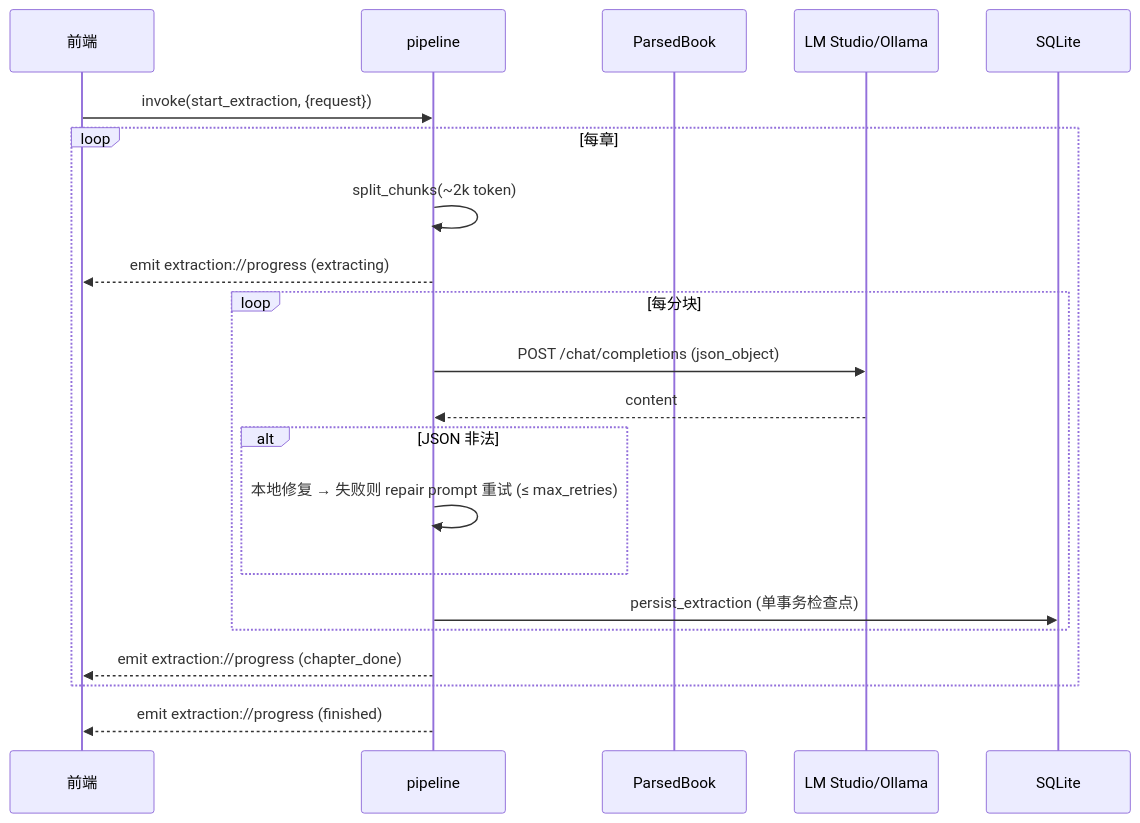
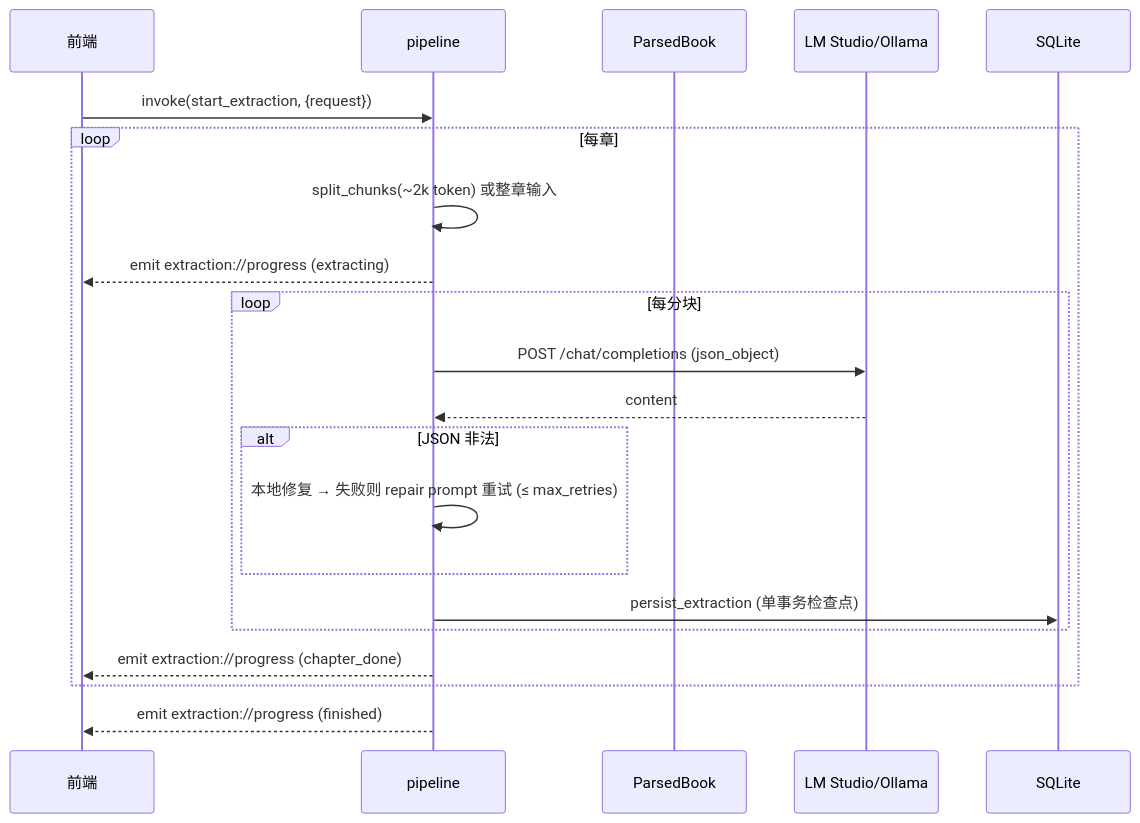
One commit to yetian/novel_vis changed the third of 6 diagrams in design.md. Above: the diagram before and after it, drawn with Mermaid. The commit also changed other lines of this file and 11 other files, not shown here.

````diff
--- a/design.md
+++ b/design.md
@@ -99,23 +99,23 @@
 ```mermaid
 sequenceDiagram
   participant FE as 前端
   participant PIPE as pipeline
   participant MEM as ParsedBook
   participant LLM as LM Studio/Ollama
   participant DB as SQLite
   FE->>PIPE: invoke(start_extraction, {request})
   loop 每章
-    PIPE->>PIPE: split_chunks(~2k token)
+    PIPE->>PIPE: split_chunks(~2k token) 或整章输入
     PIPE-->>FE: emit extraction://progress (extracting)
     loop 每分块
       PIPE->>LLM: POST /chat/completions (json_object)
       LLM-->>PIPE: content
       alt JSON 非法
         PIPE->>PIPE: 本地修复 → 失败则 repair prompt 重试 (≤ max_retries)
       end
       PIPE->>DB: persist_extraction (单事务检查点)
     end
     PIPE-->>FE: emit extraction://progress (chapter_done)
   end
   PIPE-->>FE: emit extraction://progress (finished)
 ```
````
